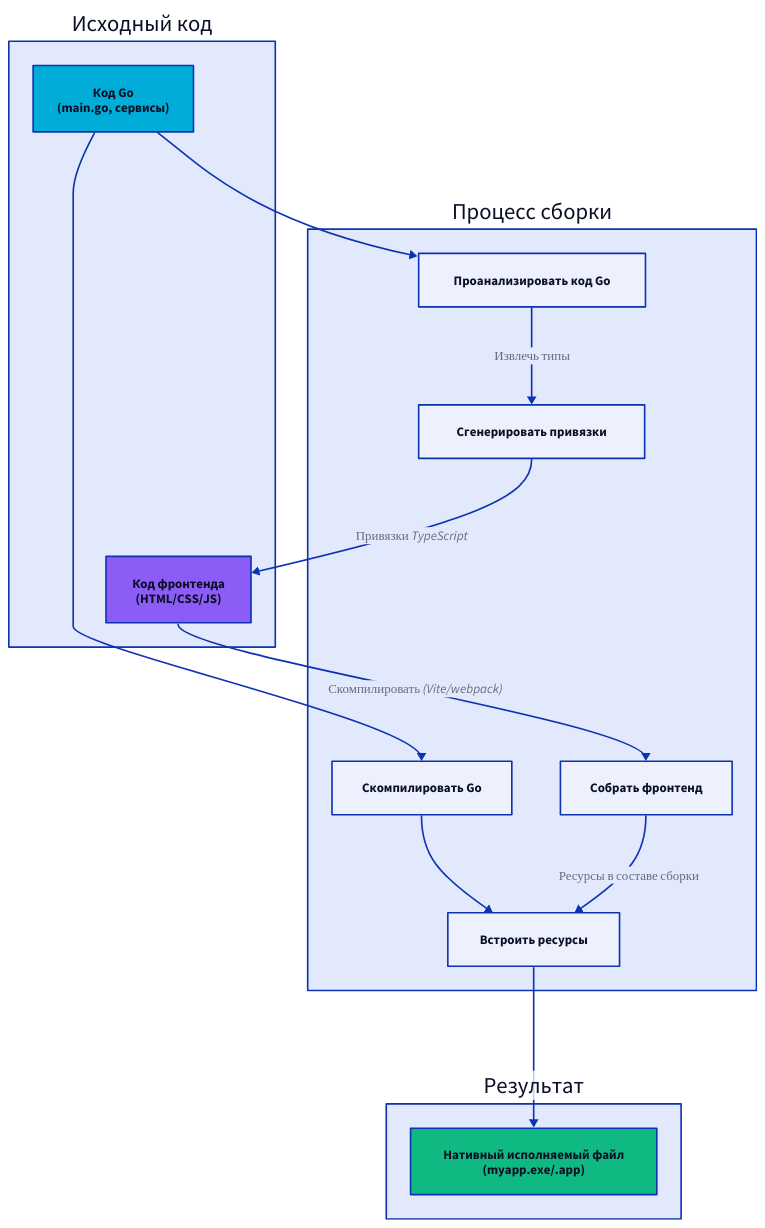
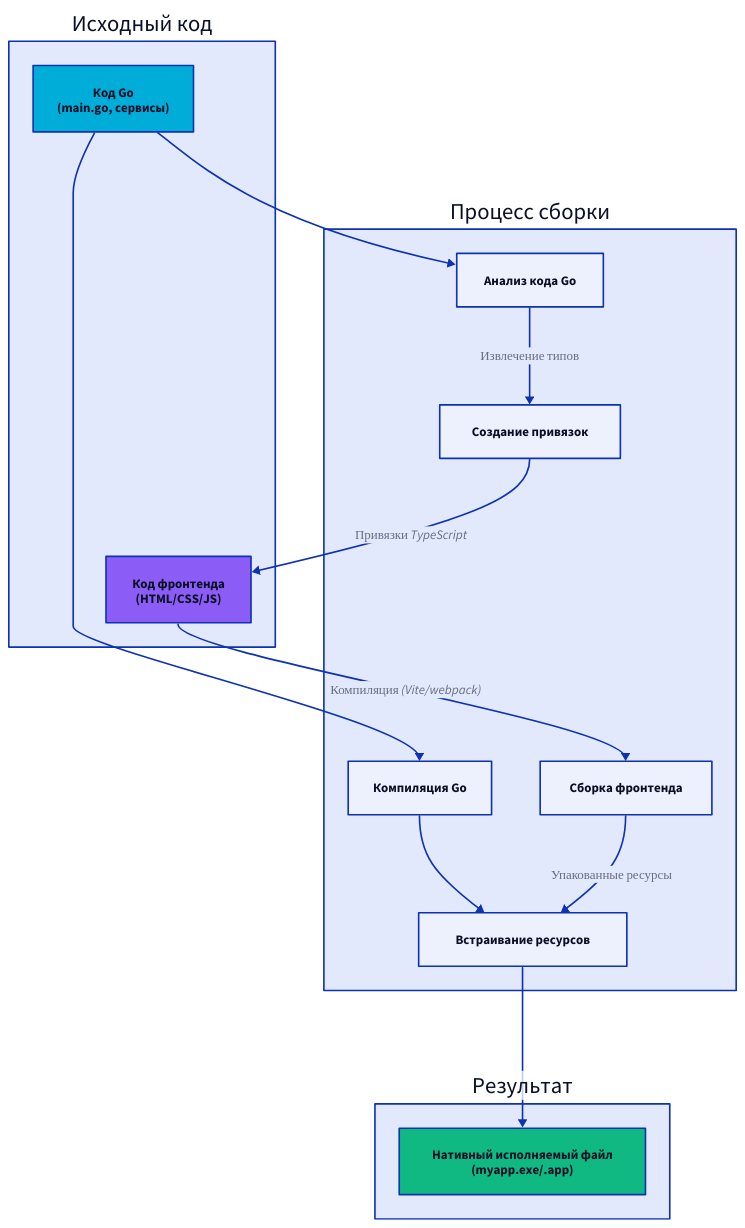
The fifth of 8 diagrams in docs/mpress/content/ru/concepts/architecture.md (wailsapp/wails), drawn with D2 before and after one commit. The commit also changed other lines of this file and 1096 other files, not shown here.

````diff
--- a/docs/mpress/content/ru/concepts/architecture.md
+++ b/docs/mpress/content/ru/concepts/architecture.md
@@ -343,53 +343,53 @@
 ```d2
 direction: down
 
 Source: Исходный код {
   Go: "Код Go\n(main.go, сервисы)" {
     shape: rectangle
     style.fill: "#00ADD8"
   }
 
   Frontend: "Код фронтенда\n(HTML/CSS/JS)" {
     shape: rectangle
     style.fill: "#8B5CF6"
   }
 }
 
 Build: Процесс сборки {
-  AnalyseGo: Проанализировать код Go {
+  AnalyseGo: Анализ кода Go {
     shape: rectangle
   }
 
-  GenerateBindings: Сгенерировать привязки {
+  GenerateBindings: Создание привязок {
     shape: rectangle
   }
 
-  BuildFrontend: Собрать фронтенд {
+  BuildFrontend: Сборка фронтенда {
     shape: rectangle
   }
 
-  CompileGo: Скомпилировать Go {
+  CompileGo: Компиляция Go {
     shape: rectangle
   }
 
-  Embed: Встроить ресурсы {
+  Embed: Встраивание ресурсов {
     shape: rectangle
   }
 }
 
 Output: Результат {
   Binary: "Нативный исполняемый файл\n(myapp.exe/.app)" {
     shape: rectangle
     style.fill: "#10B981"
   }
 }
 
 Source.Go -> Build.AnalyseGo
-Build.AnalyseGo -> Build.GenerateBindings: Извлечь типы
+Build.AnalyseGo -> Build.GenerateBindings: Извлечение типов
 Build.GenerateBindings -> Source.Frontend: Привязки TypeScript
-Source.Frontend -> Build.BuildFrontend: Скомпилировать (Vite/webpack)
-Build.BuildFrontend -> Build.Embed: Ресурсы в составе сборки
+Source.Frontend -> Build.BuildFrontend: Компиляция (Vite/webpack)
+Build.BuildFrontend -> Build.Embed: Упакованные ресурсы
 Source.Go -> Build.CompileGo
 Build.CompileGo -> Build.Embed
 Build.Embed -> Output.Binary
 ```
````
